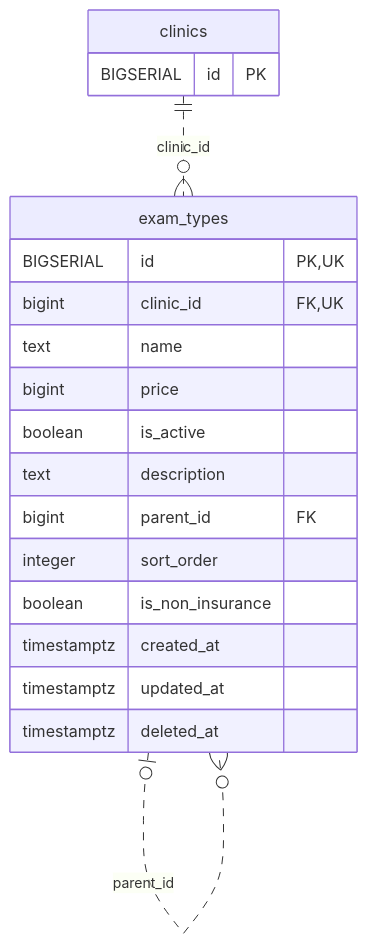
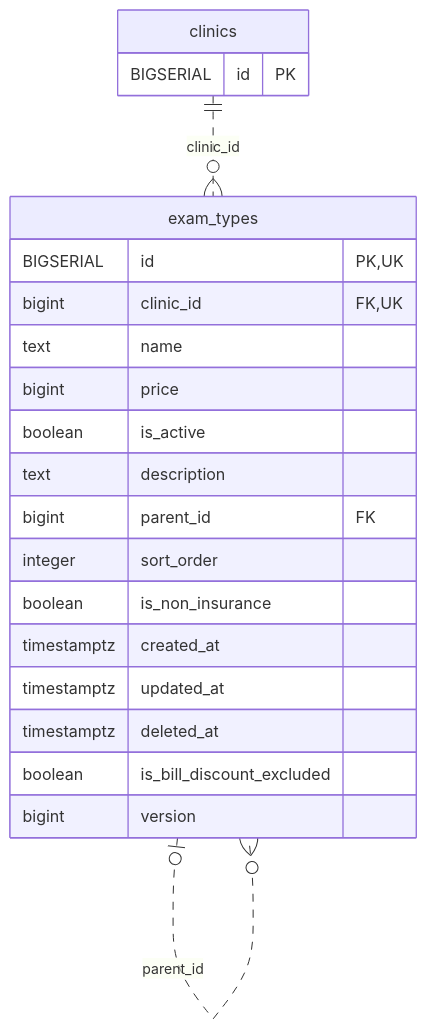
One commit to MinoruSoga/AnimalEkarte changed the diagram in docs/architecture/erd-detail/exam_types.md. Above: the diagram before and after it, drawn with Mermaid. The commit also changed other lines of this file and 8 other files, not shown here.

Commit message:
docs(erd): EMR-446・EMR-466 007 の詳細ERDと manifest を生成

````diff
--- a/docs/architecture/erd-detail/exam_types.md
+++ b/docs/architecture/erd-detail/exam_types.md
@@ -35,22 +37,24 @@
 ```mermaid
 erDiagram
     exam_types {
         BIGSERIAL id PK,UK
         bigint clinic_id FK,UK
         text name
         bigint price
         boolean is_active
         text description
         bigint parent_id FK
         integer sort_order
         boolean is_non_insurance
         timestamptz created_at
         timestamptz updated_at
         timestamptz deleted_at
+        boolean is_bill_discount_excluded
+        bigint version
     }
     clinics {
         BIGSERIAL id PK
     }
     clinics ||..o{ exam_types : "clinic_id"
     exam_types o|..o{ exam_types : "parent_id"
 ```
````
